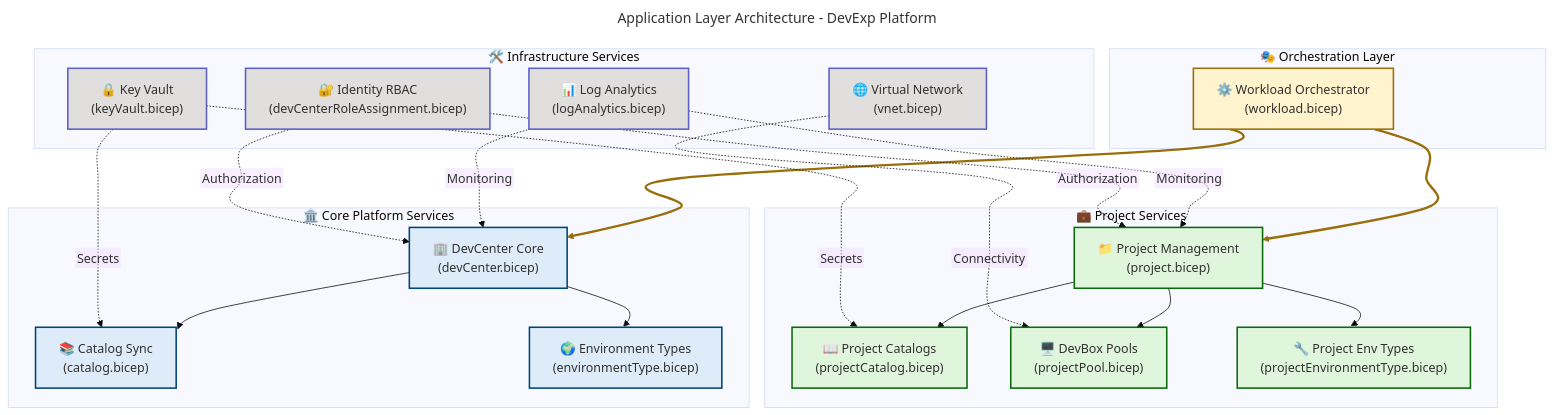
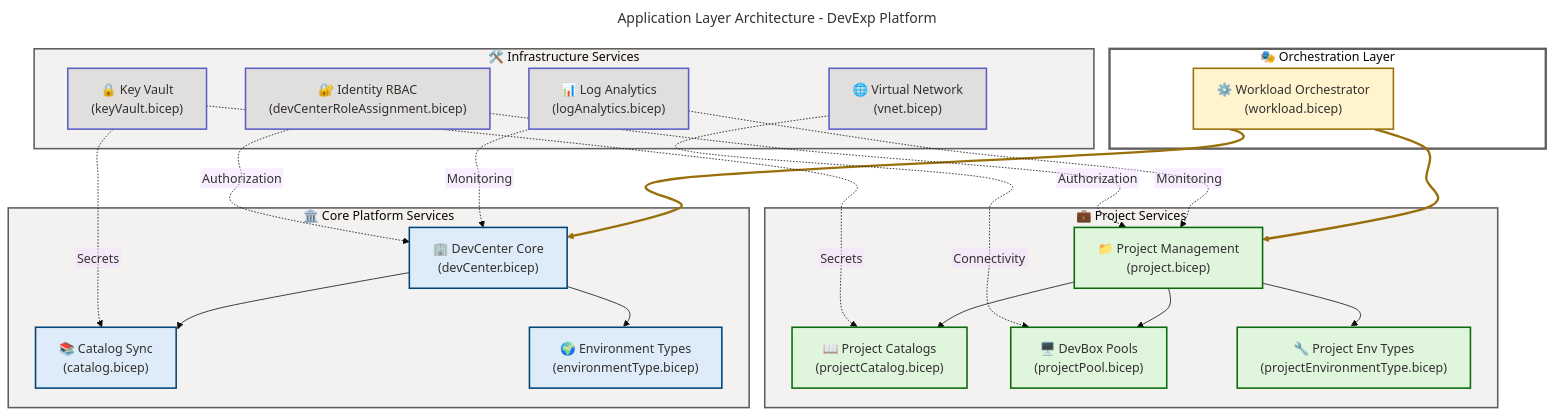
One commit to Evilazaro/DevExp-DevBox changed the first of 2 diagrams in docs/architecture/Application-Architecture.md. Above: the diagram before and after it, drawn with Mermaid.

Commit message:
fix: add mandatory subgraph styling for GATE-2 compliance in Application Architecture diagram

````diff
--- a/docs/architecture/Application-Architecture.md
+++ b/docs/architecture/Application-Architecture.md
@@ -192,4 +192,10 @@
 
     linkStyle 0 stroke:#986F0B,stroke-width:3px
     linkStyle 1 stroke:#986F0B,stroke-width:3px
+
+    %% Subgraph styling (4 subgraphs = 4 style directives) - MANDATORY per GATE-2
+    style ORCHESTRATOR fill:#FFFFFF,stroke:#605E5C,stroke-width:3px
+    style CORE fill:#F3F2F1,stroke:#605E5C,stroke-width:2px
+    style PROJECT fill:#F3F2F1,stroke:#605E5C,stroke-width:2px
+    style INFRA fill:#F3F2F1,stroke:#605E5C,stroke-width:2px
 ```
````
